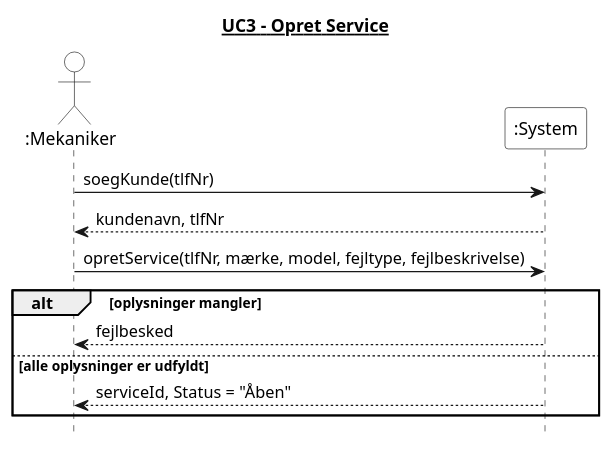
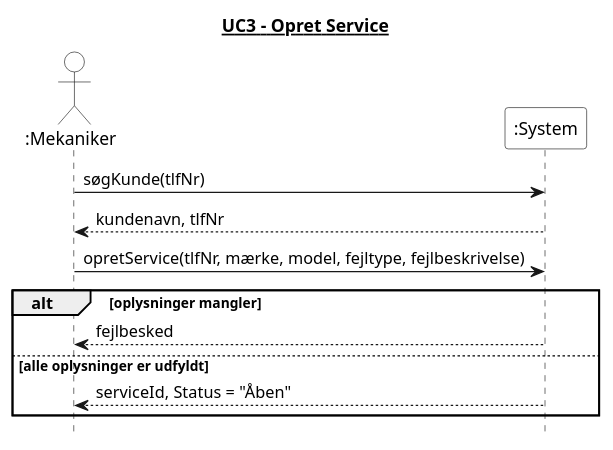
The diagram in 4. System Sekvens Diagram/UC3_opret_service.puml (Zoabz/Getting-Real), drawn with PlantUML before and after one commit. The commit also changed 9 other files, not shown here.

```diff
--- a/4. System Sekvens Diagram/UC3_opret_service.puml
+++ b/4. System Sekvens Diagram/UC3_opret_service.puml
@@ -1,29 +1,29 @@
 @startuml
 title <u>UC3 - Opret Service</u>
 hide footbox
 skinparam monochrome true
 skinparam shadowing false
 skinparam backgroundColor white
 skinparam actor {
   BackgroundColor white
 }
 skinparam participant {
   BackgroundColor white
 }
 
 actor ":Mekaniker"
 participant ":System" as System
 
-":Mekaniker" -> System : soegKunde(tlfNr)
+":Mekaniker" -> System : søgKunde(tlfNr)
 
 System --> ":Mekaniker" : kundenavn, tlfNr
 
 ":Mekaniker" -> System : opretService(tlfNr, mærke, model, fejltype, fejlbeskrivelse)
 
 alt oplysninger mangler
   System --> ":Mekaniker" : fejlbesked
 else alle oplysninger er udfyldt
   System --> ":Mekaniker" : serviceId, Status = "Åben"
 end
 
 @enduml
```
